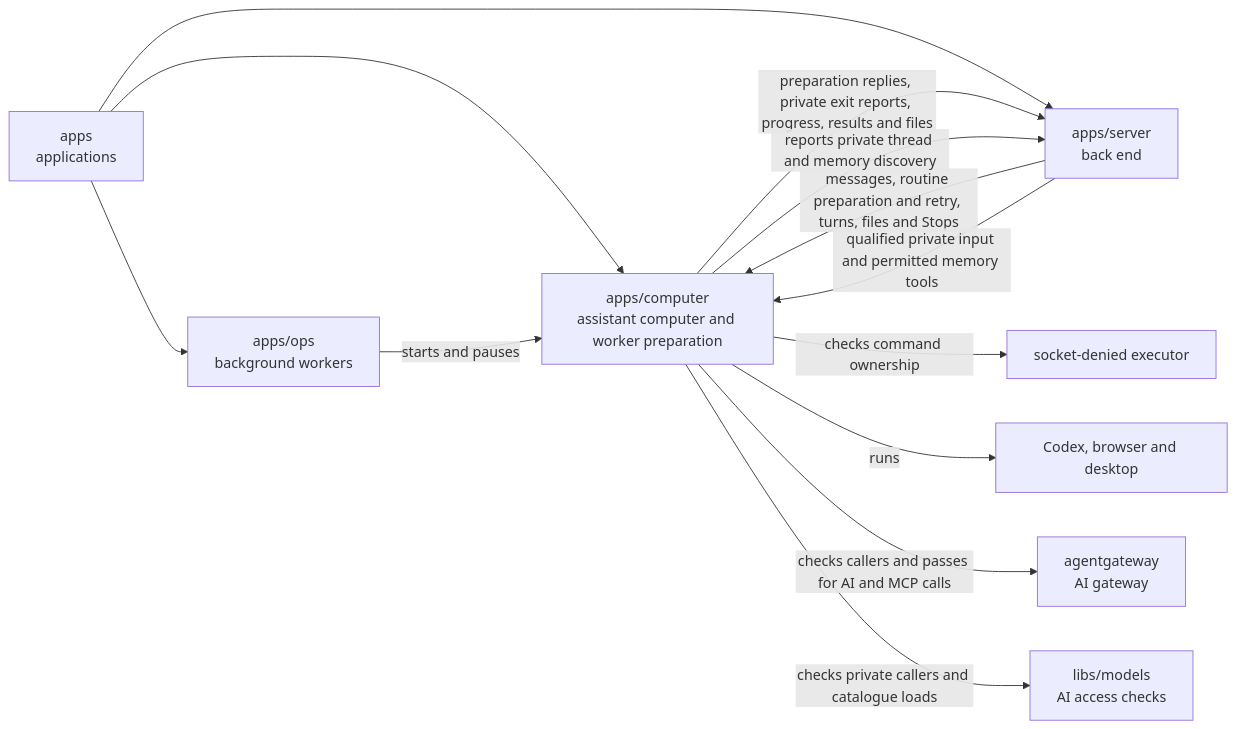
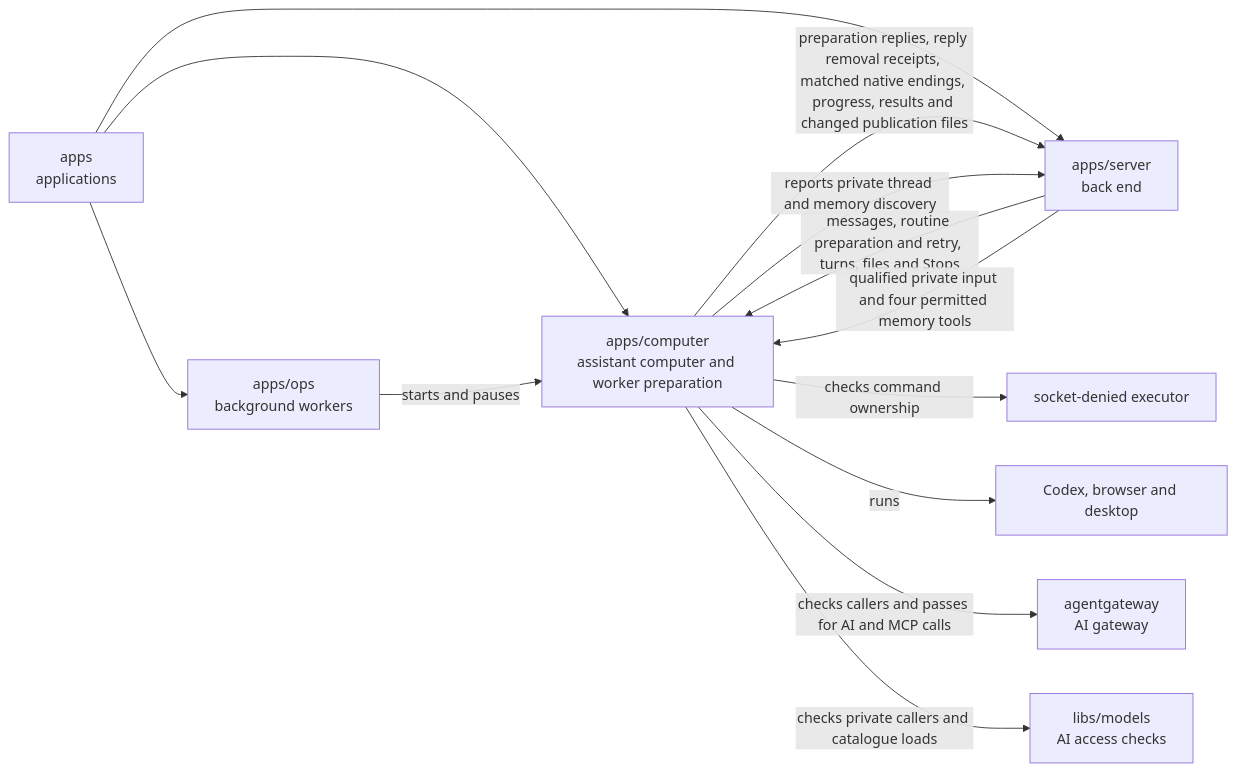
The diagram in apps/computer/README.md (elewa-git/opencrane-new), drawn with Mermaid before and after one commit. The commit also changed other lines of this file and 14 other files, not shown here.

Commit message:
🧠 Deliver native Forget with checked receipts

````diff
--- a/apps/computer/README.md
+++ b/apps/computer/README.md
@@ -16,15 +16,15 @@
 ```mermaid
 flowchart LR
   apps["apps<br/>applications"] --> computer["apps/computer<br/>assistant computer and worker preparation"]
   apps --> ops["apps/ops<br/>background workers"]
   apps --> server["apps/server<br/>back end"]
   ops -->|starts and pauses| computer
   server -->|messages, routine preparation and retry, turns, files and Stops| computer
-  computer -->|preparation replies, private exit reports, progress, results and files| server
-  server -->|qualified private input and permitted memory tools| computer
+  computer -->|preparation replies, reply removal receipts, matched native endings, progress, results and changed publication files| server
+  server -->|qualified private input and four permitted memory tools| computer
   computer -->|reports private thread and memory discovery| server
   computer -->|checks command ownership| executor["socket-denied executor"]
   computer -->|runs| desktop["Codex, browser and desktop"]
   computer -->|checks callers and passes for AI and MCP calls| gateway["agentgateway<br/>AI gateway"]
   computer -->|checks private callers and catalogue loads| models["libs/models<br/>AI access checks"]
 ```
````
